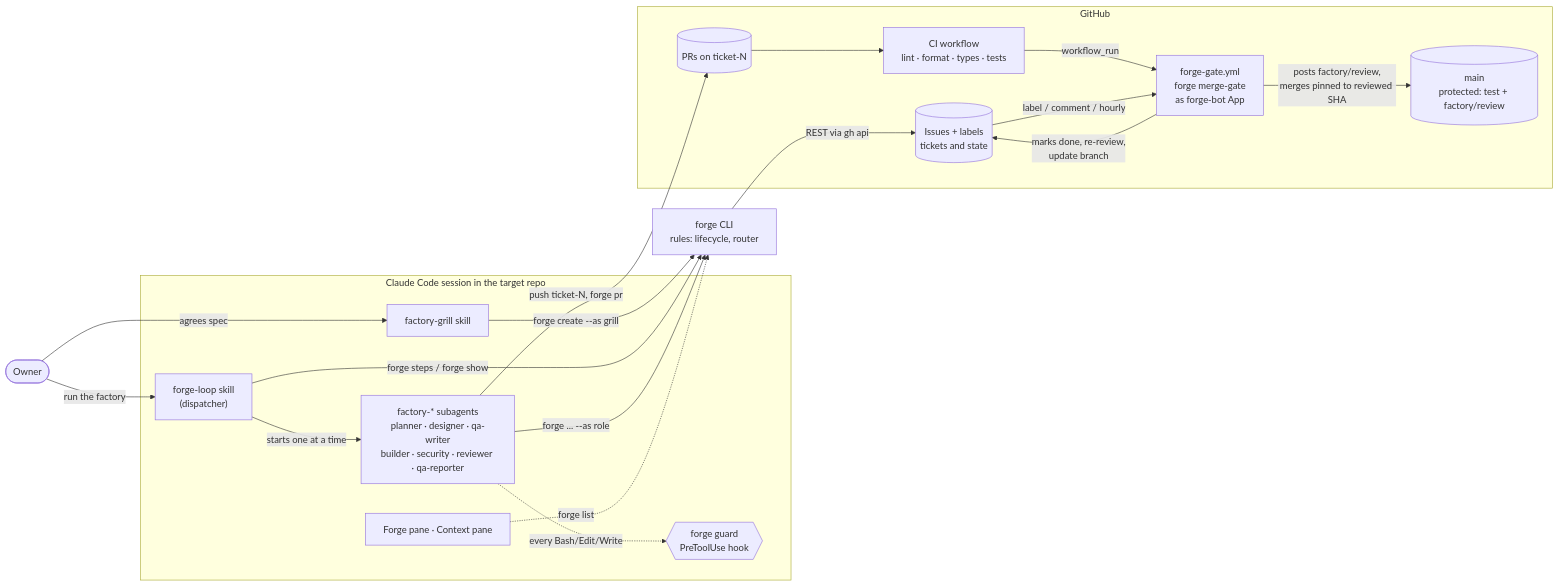
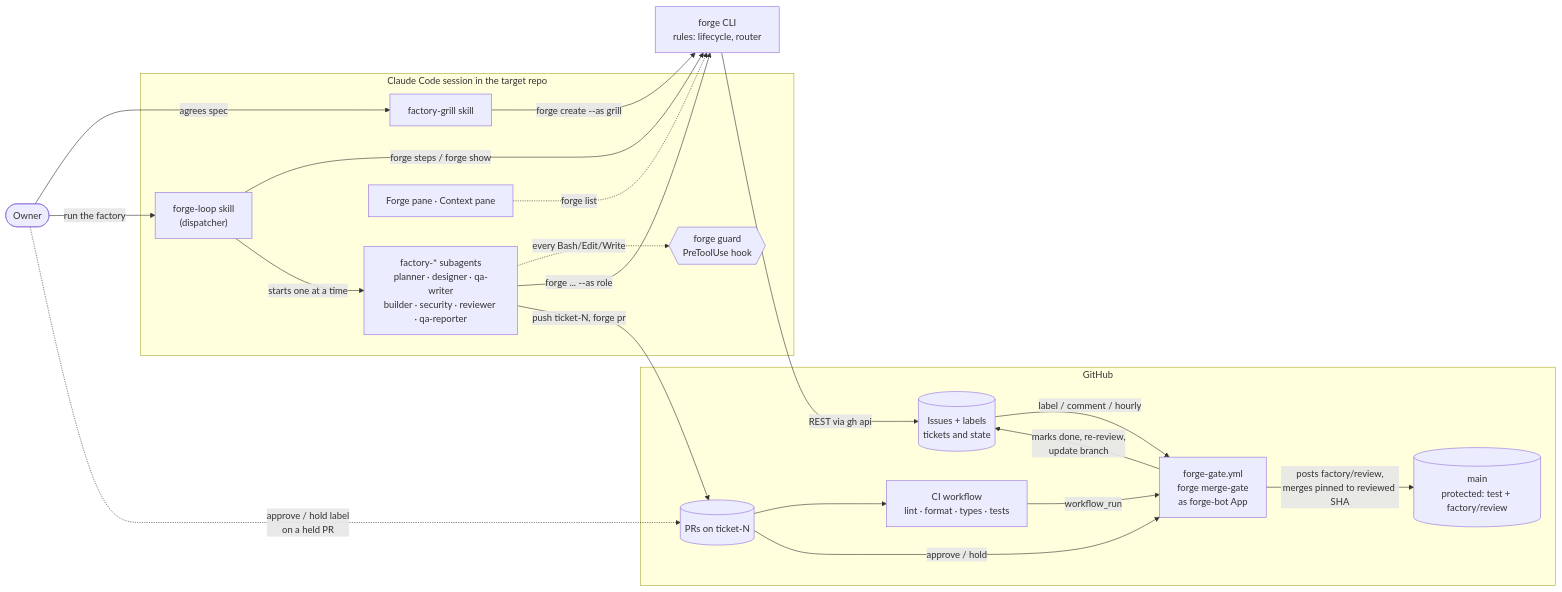
The diagram in docs/architecture.md (hoangtrankim/forge-cloud), drawn with Mermaid before and after one commit. The commit also changed other lines of this file and 34 other files, not shown here.

````diff
--- a/docs/architecture.md
+++ b/docs/architecture.md
@@ -9,35 +9,37 @@
 ```mermaid
 flowchart LR
   owner([Owner])
   subgraph session["Claude Code session in the target repo"]
     grill["factory-grill skill"]
     loop["forge-loop skill<br/>(dispatcher)"]
     agents["factory-* subagents<br/>planner · designer · qa-writer<br/>builder · security · reviewer · qa-reporter"]
     guard{{"forge guard<br/>PreToolUse hook"}}
     panes["Forge pane · Context pane"]
   end
   cli["forge CLI<br/>rules: lifecycle, router"]
   subgraph github["GitHub"]
     issues[("Issues + labels<br/>tickets and state")]
     prs[("PRs on ticket-N")]
     ci["CI workflow<br/>lint · format · types · tests"]
     gate["forge-gate.yml<br/>forge merge-gate<br/>as forge-bot App"]
     main[("main<br/>protected: test + factory/review")]
   end
 
   owner -- "agrees spec" --> grill
   owner -- "run the factory" --> loop
   grill -- "forge create --as grill" --> cli
   loop -- "forge steps / forge show" --> cli
   loop -- "starts one at a time" --> agents
   agents -. "every Bash/Edit/Write" .-> guard
   agents -- "forge ... --as role" --> cli
   agents -- "push ticket-N, forge pr" --> prs
   cli -- "REST via gh api" --> issues
   prs --> ci
   ci -- "workflow_run" --> gate
   issues -- "label / comment / hourly" --> gate
+  owner -. "approve / hold label<br/>on a held PR" .-> prs
+  prs -- "approve / hold" --> gate
   gate -- "posts factory/review,<br/>merges pinned to reviewed SHA" --> main
   gate -- "marks done, re-review,<br/>update branch" --> issues
   panes -. "forge list" .-> cli
 ```
````
